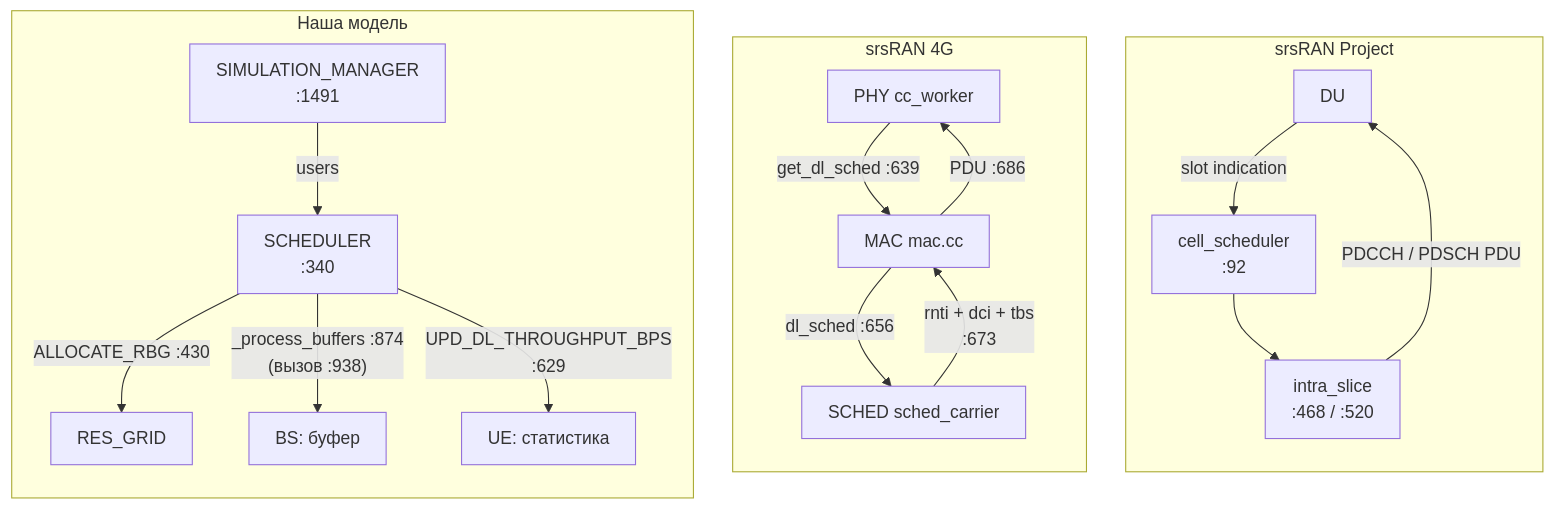
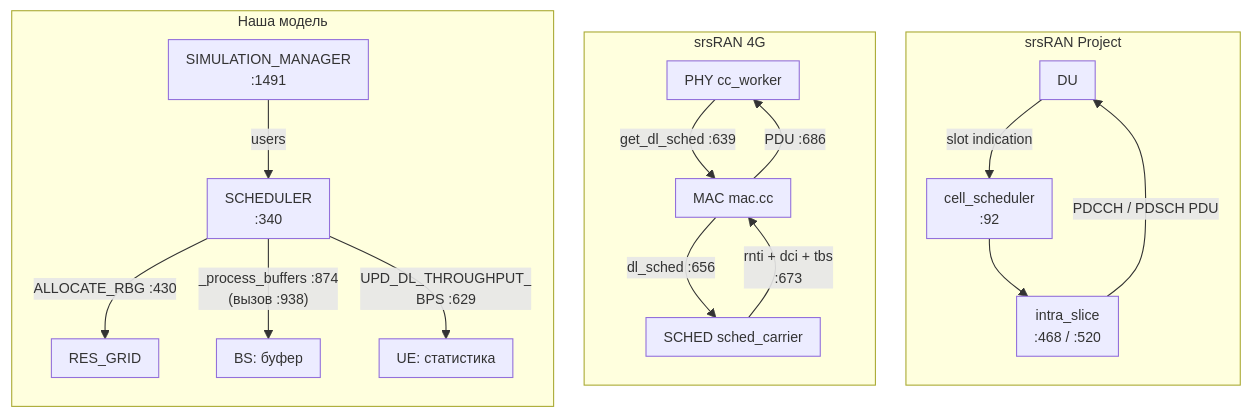
Before and after one commit to dokbrawn/REC-S5: the fifth of 5 diagrams in weeks/docs/week_03_report.md, drawn with Mermaid. The commit also changed other lines of this file, not shown here.

````diff
--- a/weeks/docs/week_03_report.md
+++ b/weeks/docs/week_03_report.md
@@ -811,22 +811,22 @@
 ```mermaid
-%%{init: {"flowchart": {"htmlLabels": true, "nodeSpacing": 28, "rankSpacing": 36, "padding": 12}}}%%
+%%{init: {"flowchart": {"htmlLabels": true, "useMaxWidth": false, "nodeSpacing": 18, "rankSpacing": 28, "padding": 8}, "themeVariables": {"fontSize": "13px"}}}%%
 flowchart LR
     subgraph OURS2["Наша модель"]
         SM["SIMULATION_MANAGER<br/>:1491"] -->|"users"| SCH["SCHEDULER<br/>:340"]
         SCH -->|"ALLOCATE_RBG :430"| RG["RES_GRID"]
         SCH -->|"_process_buffers :874<br/>(вызов :938)"| BS["BS: буфер"]
-        SCH -->|"UPD_DL_THROUGHPUT_BPS<br/>:629"| UE["UE: статистика"]
+        SCH -->|"UPD_DL_THROUGHPUT_<br/>BPS :629"| UE["UE: статистика"]
     end
     subgraph FOURG2["srsRAN 4G"]
         PHY1["PHY cc_worker"] -->|"get_dl_sched :639"| MAC1["MAC mac.cc"]
         MAC1 -->|"dl_sched :656"| SCD1["SCHED sched_carrier"]
         SCD1 -->|"rnti + dci + tbs<br/>:673"| MAC1
         MAC1 -->|"PDU :686"| PHY1
     end
     subgraph PROJ2["srsRAN Project"]
         DU["DU"] -->|"slot indication"| CS["cell_scheduler<br/>:92"]
         CS --> IS["intra_slice<br/>:468 / :520"]
         IS -->|"PDCCH / PDSCH PDU"| DU
     end
     OURS2 ~~~ FOURG2 ~~~ PROJ2
 ```
````
